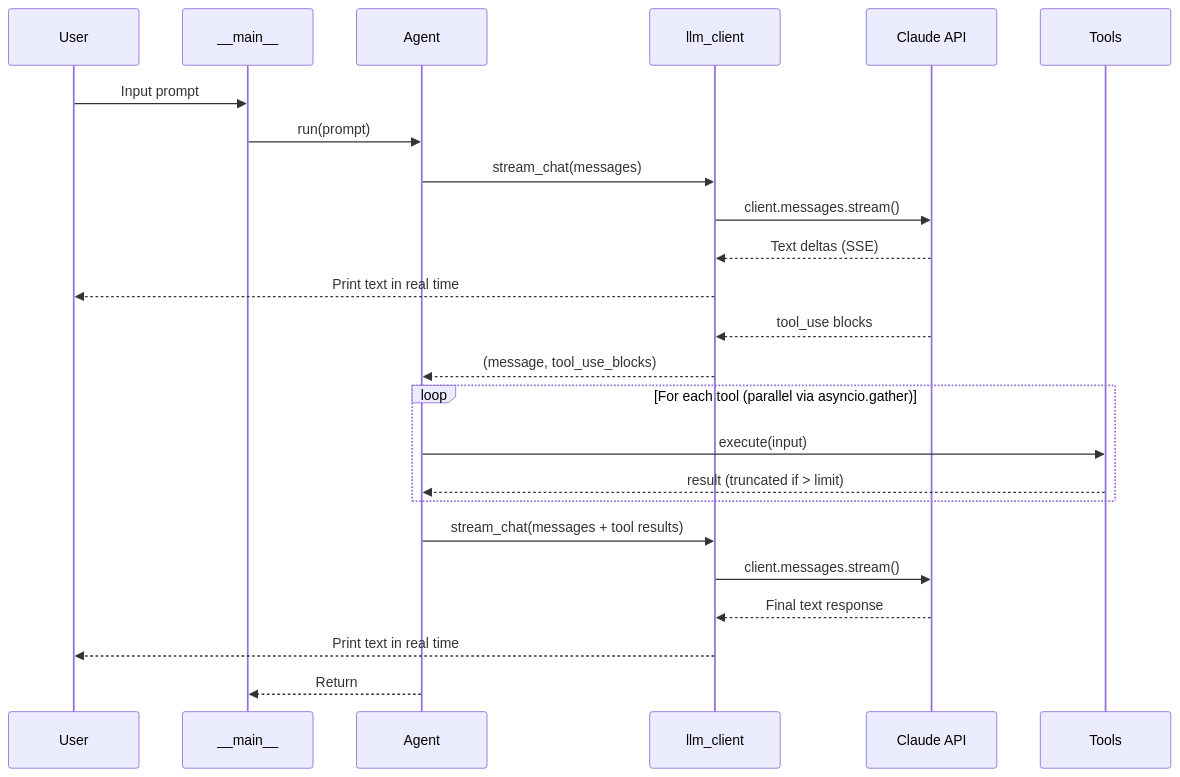
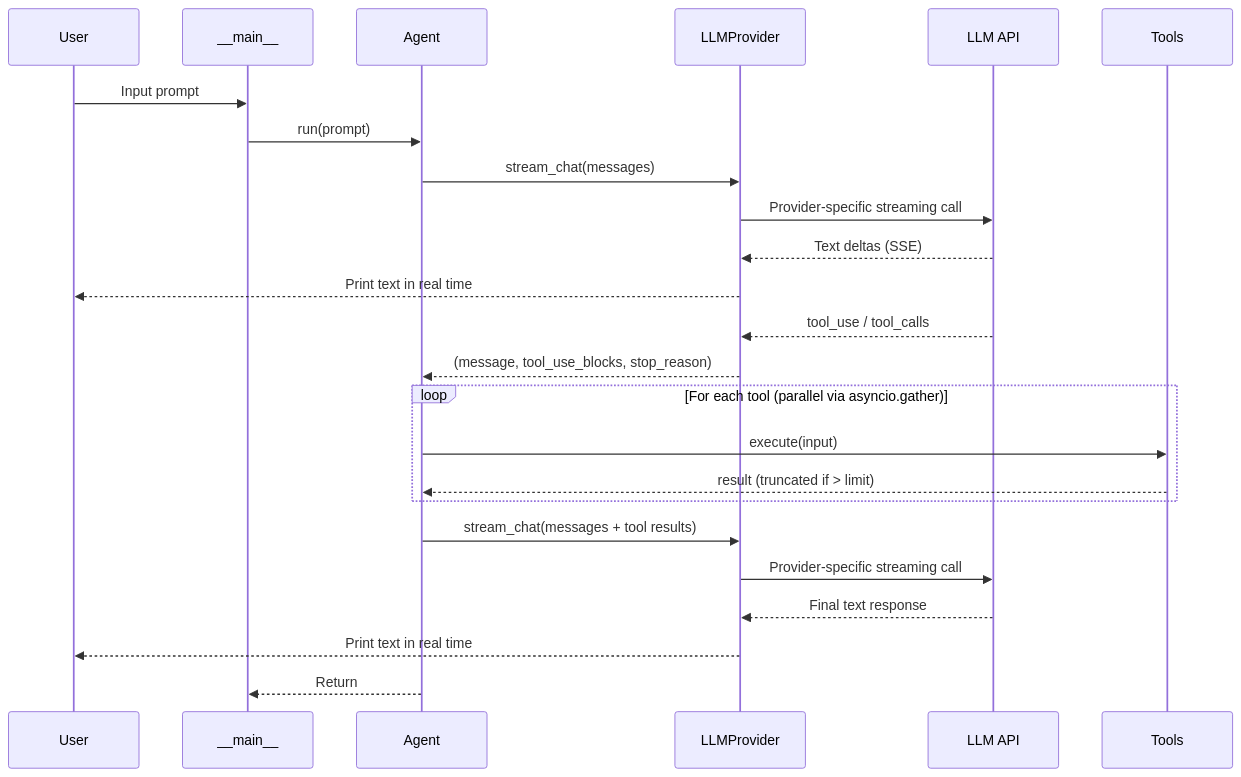
Before and after one commit to StephenDenisEdwards/micro-x-agent-loop-python: the third of 3 diagrams in documentation/docs/architecture/SAD.md, drawn with Mermaid. The commit also changed other lines of this file and 22 other files, not shown here.

First line of the commit message:
Add multi-provider LLM support (OpenAI + Anthropic)

````diff
--- a/documentation/docs/architecture/SAD.md
+++ b/documentation/docs/architecture/SAD.md
@@ -137,29 +146,29 @@
 ```mermaid
 sequenceDiagram
     participant U as User
     participant M as __main__
     participant A as Agent
-    participant L as llm_client
-    participant C as Claude API
+    participant P as LLMProvider
+    participant API as LLM API
     participant T as Tools
 
     U->>M: Input prompt
     M->>A: run(prompt)
-    A->>L: stream_chat(messages)
-    L->>C: client.messages.stream()
-    C-->>L: Text deltas (SSE)
-    L-->>U: Print text in real time
-    C-->>L: tool_use blocks
-    L-->>A: (message, tool_use_blocks)
+    A->>P: stream_chat(messages)
+    P->>API: Provider-specific streaming call
+    API-->>P: Text deltas (SSE)
+    P-->>U: Print text in real time
+    API-->>P: tool_use / tool_calls
+    P-->>A: (message, tool_use_blocks, stop_reason)
 
     loop For each tool (parallel via asyncio.gather)
         A->>T: execute(input)
         T-->>A: result (truncated if > limit)
     end
 
-    A->>L: stream_chat(messages + tool results)
-    L->>C: client.messages.stream()
-    C-->>L: Final text response
-    L-->>U: Print text in real time
+    A->>P: stream_chat(messages + tool results)
+    P->>API: Provider-specific streaming call
+    API-->>P: Final text response
+    P-->>U: Print text in real time
     A-->>M: Return
 ```
````
